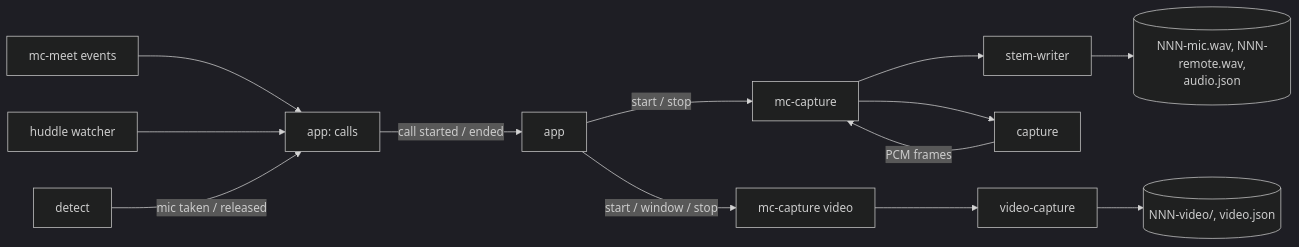
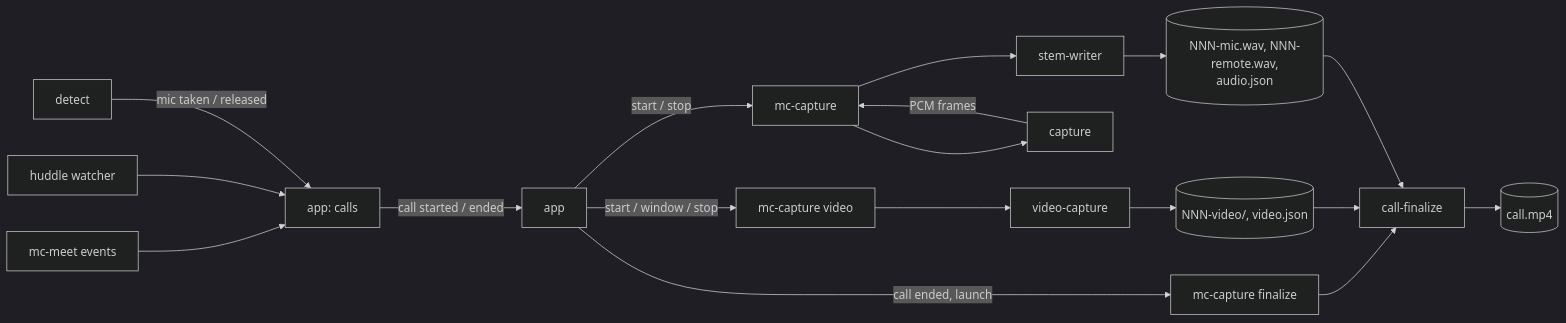
One commit to kujjwal02/meeting-capture changed the sixth of 9 diagrams in docs/02-architecture.md. Above: the diagram before and after it, drawn with Mermaid (dark theme). The commit also changed other lines of this file and 19 other files, not shown here.

````diff
--- a/docs/02-architecture.md
+++ b/docs/02-architecture.md
@@ -163,15 +163,20 @@
 ```mermaid
 flowchart LR
     MEET["mc-meet events"] --> CALLS["app: calls"]
     HUD["huddle watcher"] --> CALLS
     DET["detect"] -->|mic taken / released| CALLS
     CALLS -->|call started / ended| APP["app"]
     APP -->|start / stop| HELPER["mc-capture"]
     APP -->|start / window / stop| VIDEO["mc-capture video"]
     VIDEO --> VC["video-capture"]
     VC --> VMEDIA[("NNN-video/, video.json")]
     HELPER --> CAP["capture"]
     CAP -->|PCM frames| HELPER
     HELPER --> STEM["stem-writer"]
     STEM --> MEDIA[("NNN-mic.wav, NNN-remote.wav,<br/>audio.json")]
+    APP -->|call ended, launch| FIN["mc-capture finalize"]
+    FIN --> CF["call-finalize"]
+    VMEDIA --> CF
+    MEDIA --> CF
+    CF --> MP4[("call.mp4")]
 ```
````
